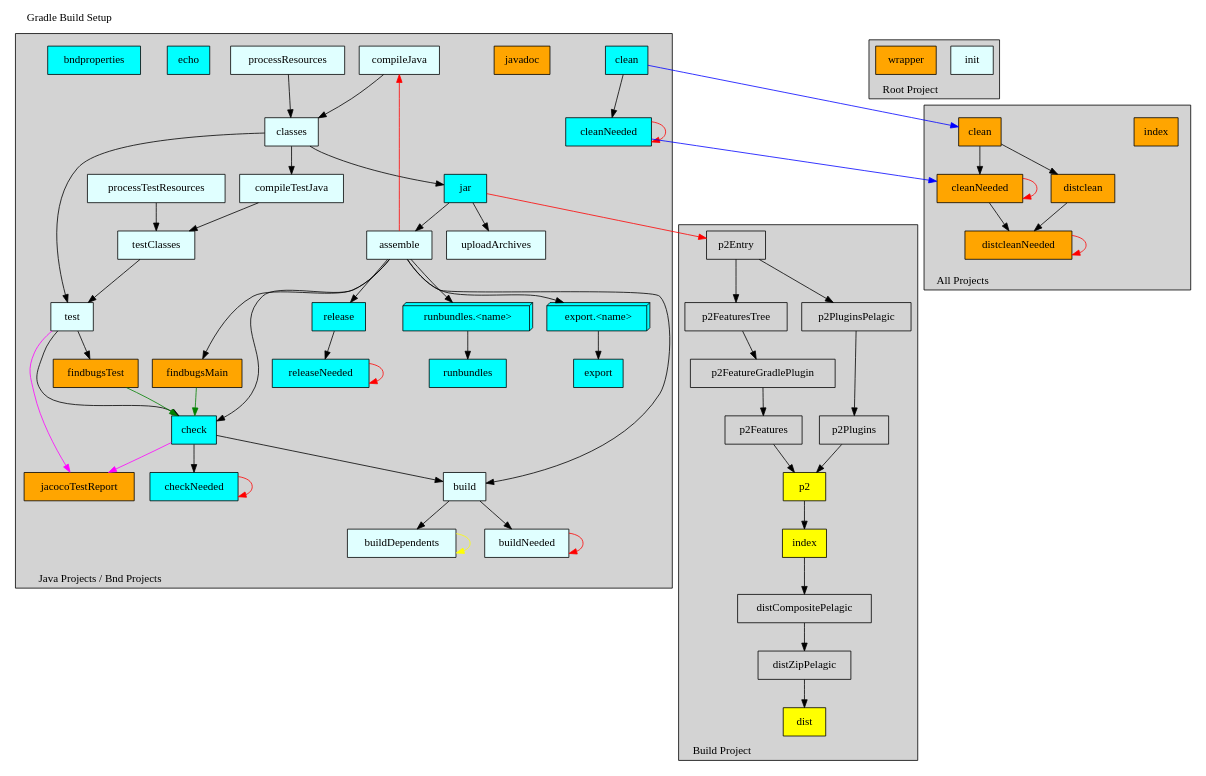
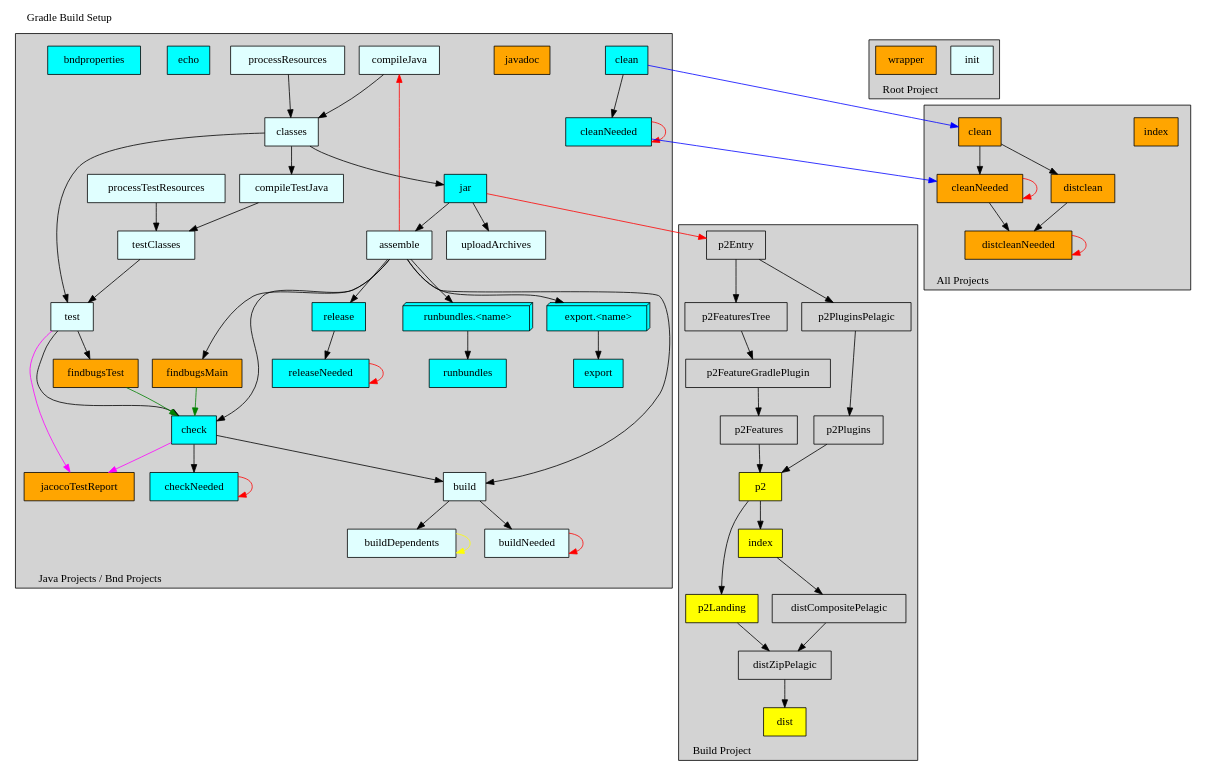
One commit to paulvi/bndtoolsPlugins changed the diagram in cnf/gradle/doc/pelagic.dot. Above: the diagram before and after it, drawn with Graphviz. The commit also changed 33 other files, not shown here.

```diff
--- a/cnf/gradle/doc/pelagic.dot
+++ b/cnf/gradle/doc/pelagic.dot
@@ -214,6 +214,7 @@
     p2Plugins              [shape=box, style=filled, fillcolor=none      , label="p2Plugins"             ]
 
     p2                     [shape=box, style=filled, fillcolor=yellow    , label="p2"                    ]
+    p2Landing              [shape=box, style=filled, fillcolor=yellow    , label="p2Landing"             ]
 
     indexBuild             [shape=box, style=filled, fillcolor=yellow    , label="index"                 ]
 
@@ -234,8 +235,10 @@
     p2Plugins              -> p2
 
     p2                     -> indexBuild
+    p2                     -> p2Landing
 
     indexBuild             -> distCompositePelagic
+    p2Landing              -> distZipPelagic
     distCompositePelagic   -> distZipPelagic
     distZipPelagic         -> dist
   }
```
